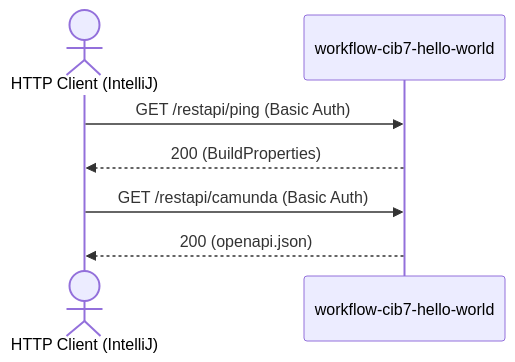
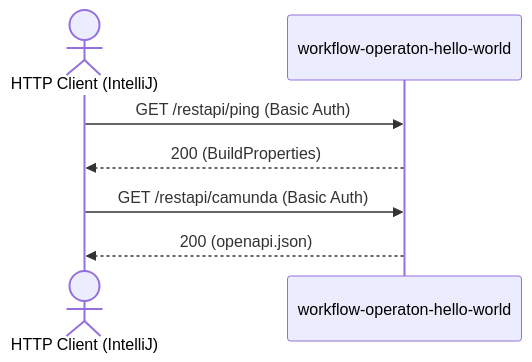
Before and after one commit to dboeckli/workflow-operaton-hello-world: the diagram in httprequest/restapi/restapi-smoke-flow/restapi-smoke-flow.md, drawn with Mermaid. The commit also changed 94 other files, not shown here.

First line of the commit message:
Migrate from CIB seven to Operaton 2.2.2 (#1)

````diff
--- a/httprequest/restapi/restapi-smoke-flow/restapi-smoke-flow.md
+++ b/httprequest/restapi/restapi-smoke-flow/restapi-smoke-flow.md
@@ -13,11 +13,11 @@
 ```mermaid
 sequenceDiagram
     actor C as HTTP Client (IntelliJ)
-    participant APP as workflow-cib7-hello-world
+    participant APP as workflow-operaton-hello-world
 
     C->>APP: GET /restapi/ping (Basic Auth)
     APP-->>C: 200 (BuildProperties)
 
     C->>APP: GET /restapi/camunda (Basic Auth)
     APP-->>C: 200 (openapi.json)
 ```
````
